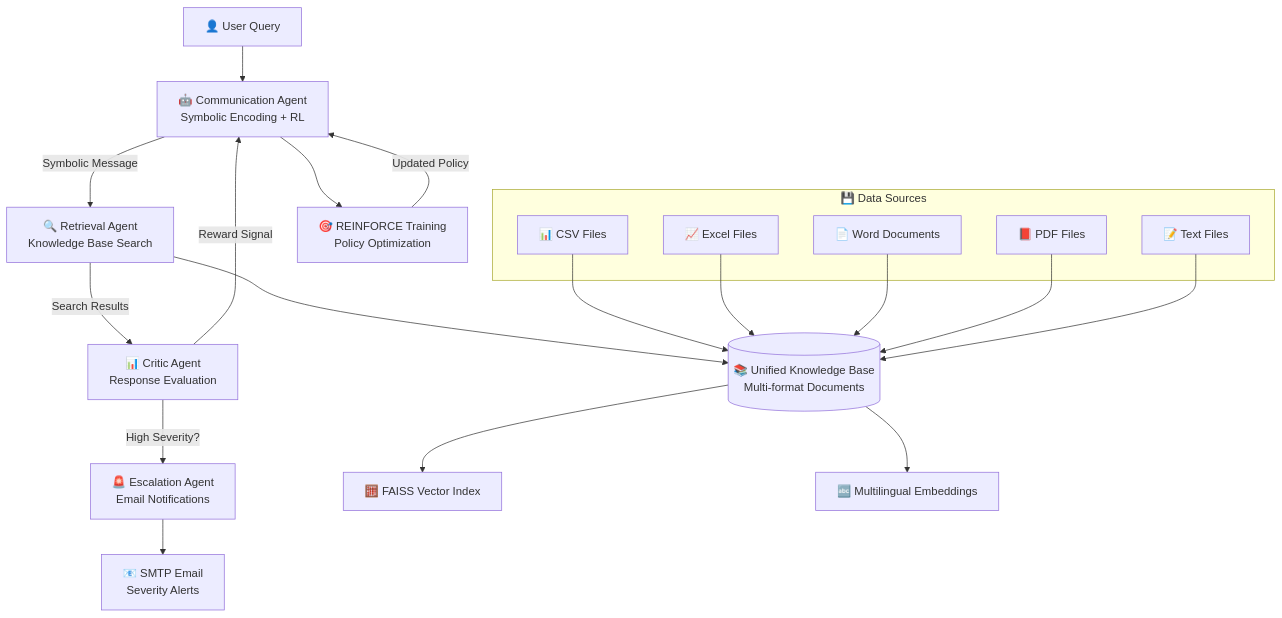
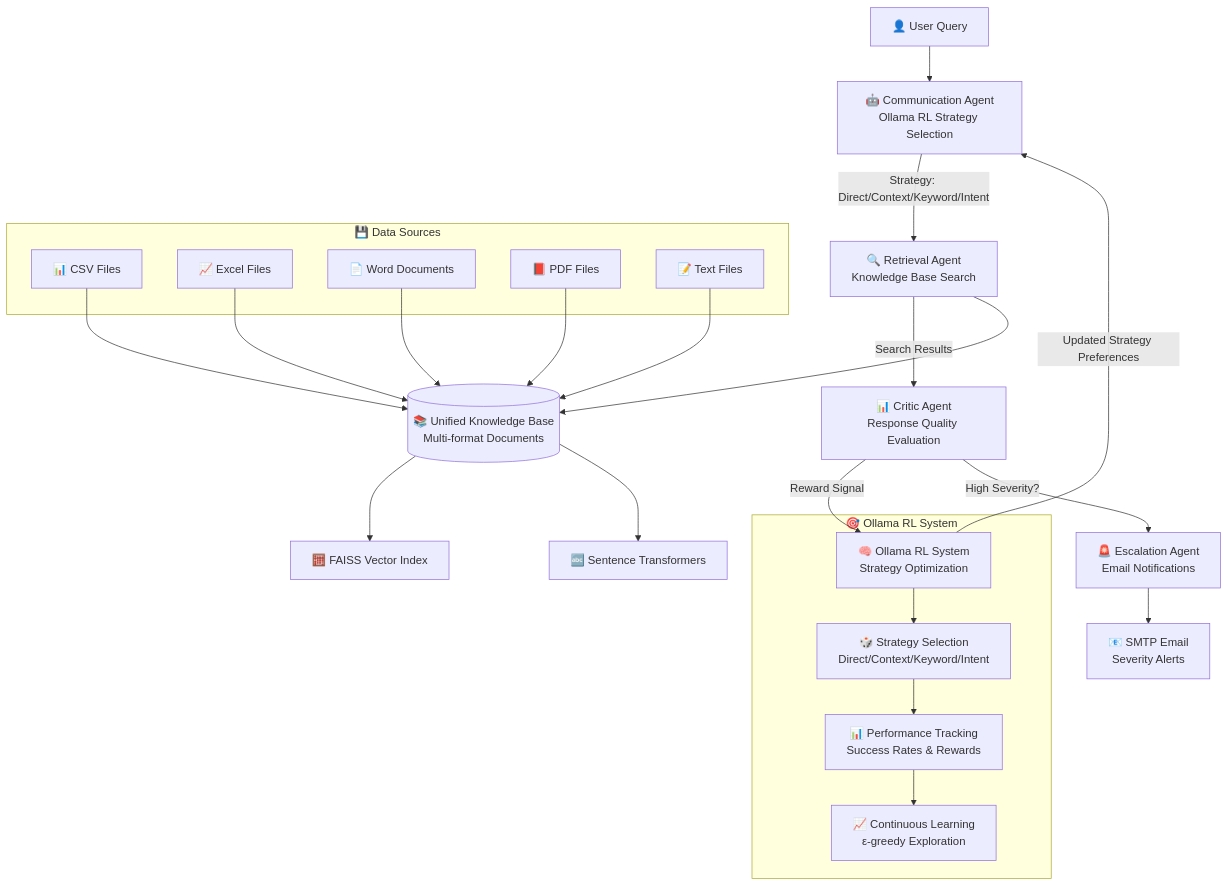
The diagram in README.md (srushtibit/multi-agents-rl), drawn with Mermaid before and after one commit. The commit also changed other lines of this file and 13 other files, not shown here.

````diff
--- a/README.md
+++ b/README.md
@@ -26,31 +28,35 @@
 ```mermaid
 graph TB
-    User[👤 User Query] --> CommAgent[🤖 Communication Agent<br/>Symbolic Encoding + RL]
-    CommAgent --> |Symbolic Message| RetAgent[🔍 Retrieval Agent<br/>Knowledge Base Search]
-    RetAgent --> |Search Results| CritAgent[📊 Critic Agent<br/>Response Evaluation]
-    CritAgent --> |Reward Signal| CommAgent
+    User[👤 User Query] --> CommAgent[🤖 Communication Agent<br/>Ollama RL Strategy Selection]
+    CommAgent --> |Strategy: Direct/Context/Keyword/Intent| RetAgent[🔍 Retrieval Agent<br/>Knowledge Base Search]
+    RetAgent --> |Search Results| CritAgent[📊 Critic Agent<br/>Response Quality Evaluation]
+    CritAgent --> |Reward Signal| OllamaRL[🧠 Ollama RL System<br/>Strategy Optimization]
+    OllamaRL --> |Updated Strategy Preferences| CommAgent
     CritAgent --> |High Severity?| EscAgent[🚨 Escalation Agent<br/>Email Notifications]
-    
+
     RetAgent --> KB[(📚 Unified Knowledge Base<br/>Multi-format Documents)]
     KB --> FAISS[🧮 FAISS Vector Index]
-    KB --> Embeddings[🔤 Multilingual Embeddings]
-    
-    CommAgent --> RL[🎯 REINFORCE Training<br/>Policy Optimization]
-    RL --> |Updated Policy| CommAgent
-    
+    KB --> Embeddings[🔤 Sentence Transformers]
+
+    subgraph "🎯 Ollama RL System"
+        OllamaRL --> Strategies[🎲 Strategy Selection<br/>Direct/Context/Keyword/Intent]
+        Strategies --> Performance[📊 Performance Tracking<br/>Success Rates & Rewards]
+        Performance --> Learning[📈 Continuous Learning<br/>ε-greedy Exploration]
+    end
+
     EscAgent --> Email[📧 SMTP Email<br/>Severity Alerts]
-    
+
     subgraph "💾 Data Sources"
         CSV[📊 CSV Files]
-        XLSX[📈 Excel Files] 
+        XLSX[📈 Excel Files]
         DOCX[📄 Word Documents]
         PDF[📕 PDF Files]
         TXT[📝 Text Files]
     end
-    
+
     CSV --> KB
     XLSX --> KB
     DOCX --> KB
     PDF --> KB
     TXT --> KB
 ```
````
